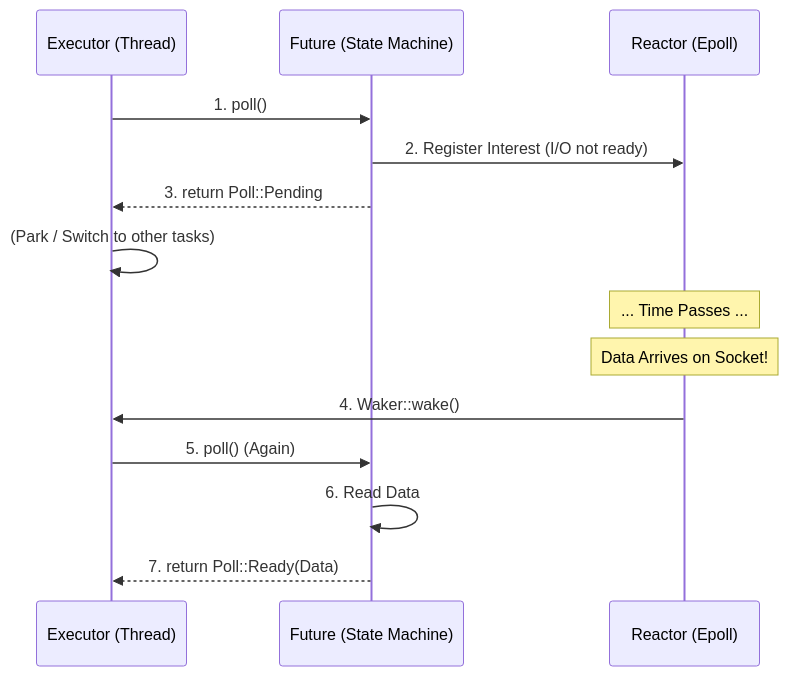
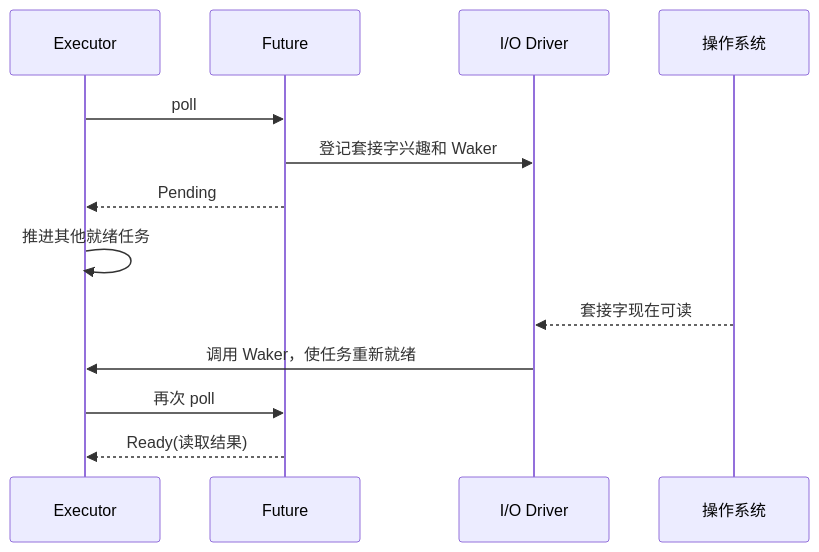
The second of 4 diagrams in books/rust-hft/src/foundations/async_rust.md (xizheyin/hft-book-rs), drawn with Mermaid before and after one commit. The commit also changed other lines of this file and 207 other files, not shown here.

````diff
--- a/books/rust-hft/src/foundations/async_rust.md
+++ b/books/rust-hft/src/foundations/async_rust.md
@@ -129,19 +115,15 @@
 ```mermaid
 sequenceDiagram
-    participant E as Executor (Thread)
-    participant F as Future (State Machine)
-    participant R as Reactor (Epoll)
-    
-    E->>F: 1. poll()
-    F->>R: 2. Register Interest (I/O not ready)
-    F-->>E: 3. return Poll::Pending
-    E->>E: (Park / Switch to other tasks)
-    
-    Note over R: ... Time Passes ...
-    Note over R: Data Arrives on Socket!
-    
-    R->>E: 4. Waker::wake()
-    E->>F: 5. poll() (Again)
-    F->>F: 6. Read Data
-    F-->>E: 7. return Poll::Ready(Data)
+    participant E as Executor
+    participant F as Future
+    participant D as I/O Driver
+    participant O as 操作系统
+    E->>F: poll
+    F->>D: 登记套接字兴趣和 Waker
+    F-->>E: Pending
+    E->>E: 推进其他就绪任务
+    O-->>D: 套接字现在可读
+    D->>E: 调用 Waker，使任务重新就绪
+    E->>F: 再次 poll
+    F-->>E: Ready(读取结果)
 ```
````
